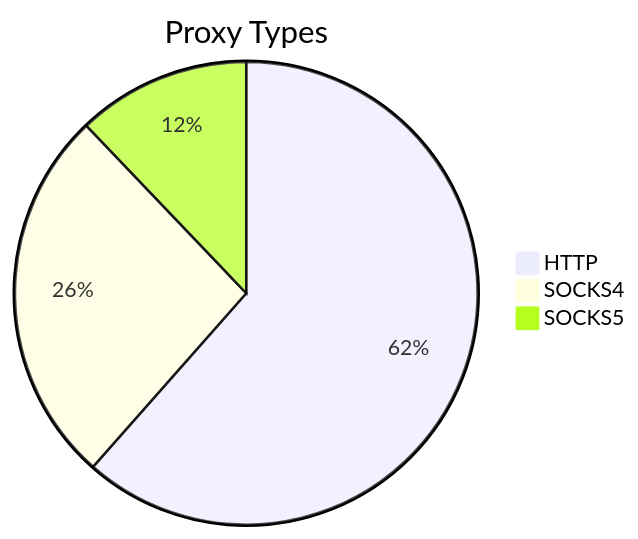
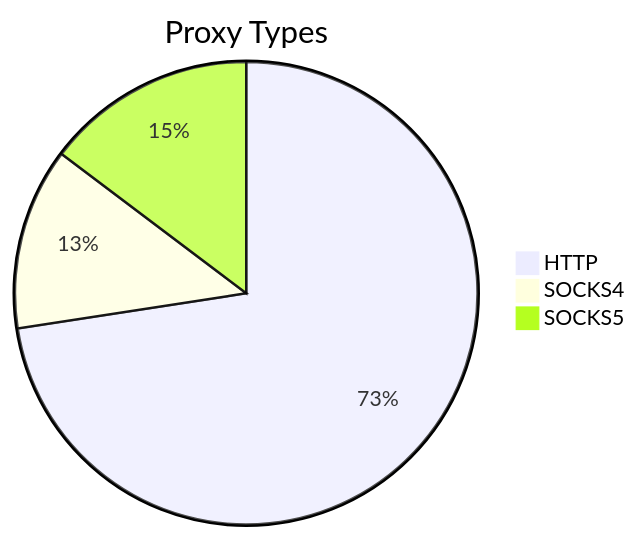
The first of 2 diagrams in README.md (stormsia/proxy-list), drawn with Mermaid before and after one commit. The commit also changed other lines of this file, not shown here.

````diff
--- a/README.md
+++ b/README.md
@@ -21,6 +21,6 @@
 ```mermaid
 pie title Proxy Types
-    "HTTP" : 497
-    "SOCKS4" : 213
-    "SOCKS5" : 98
+    "HTTP" : 291
+    "SOCKS4" : 51
+    "SOCKS5" : 59
 ```
````
